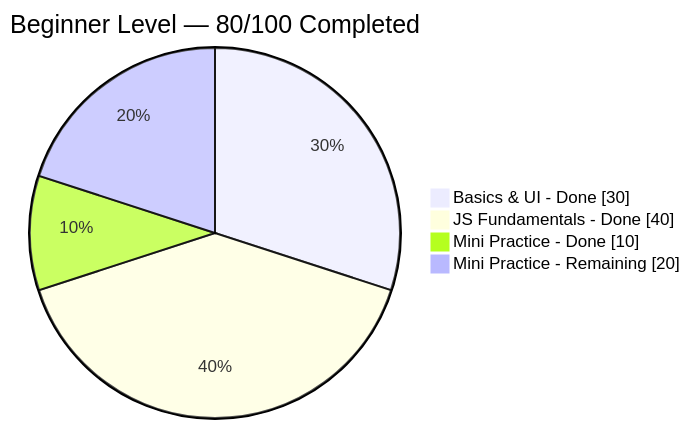
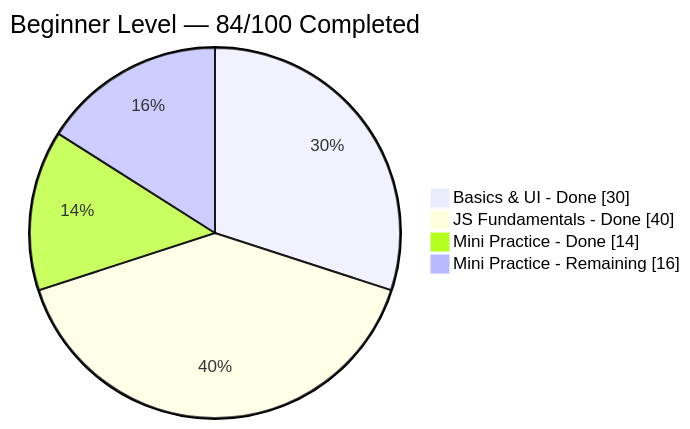
The diagram in Beginner-Level/README.md (Debanga-06/Code-Odessey), drawn with Mermaid before and after one commit. The commit also changed other lines of this file and 2 other files, not shown here.

Commit message:
Add Code in Beginner Level

````diff
--- a/Beginner-Level/README.md
+++ b/Beginner-Level/README.md
@@ -27,8 +27,8 @@
 ```mermaid
 pie showData
-    title Beginner Level — 80/100 Completed
+    title Beginner Level — 84/100 Completed
     "Basics & UI - Done" : 30
     "JS Fundamentals - Done" : 40
-    "Mini Practice - Done" : 10
-    "Mini Practice - Remaining" : 20
+    "Mini Practice - Done" : 14
+    "Mini Practice - Remaining" : 16
 ```
````
